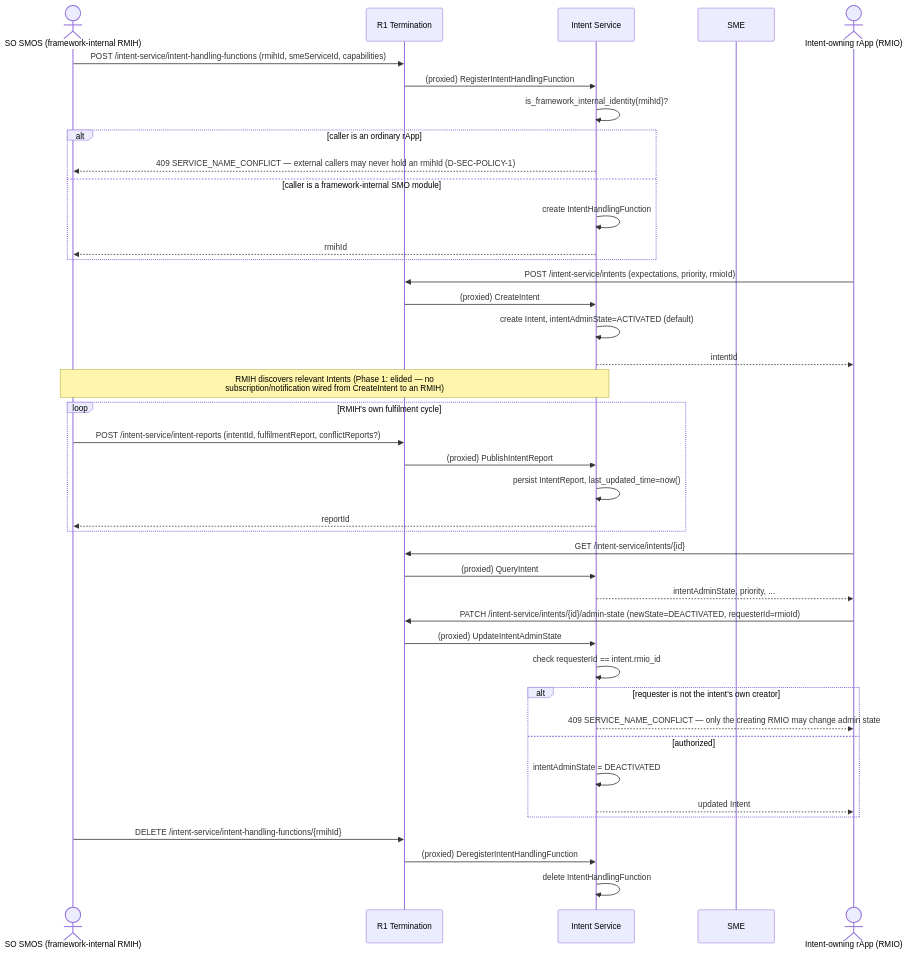
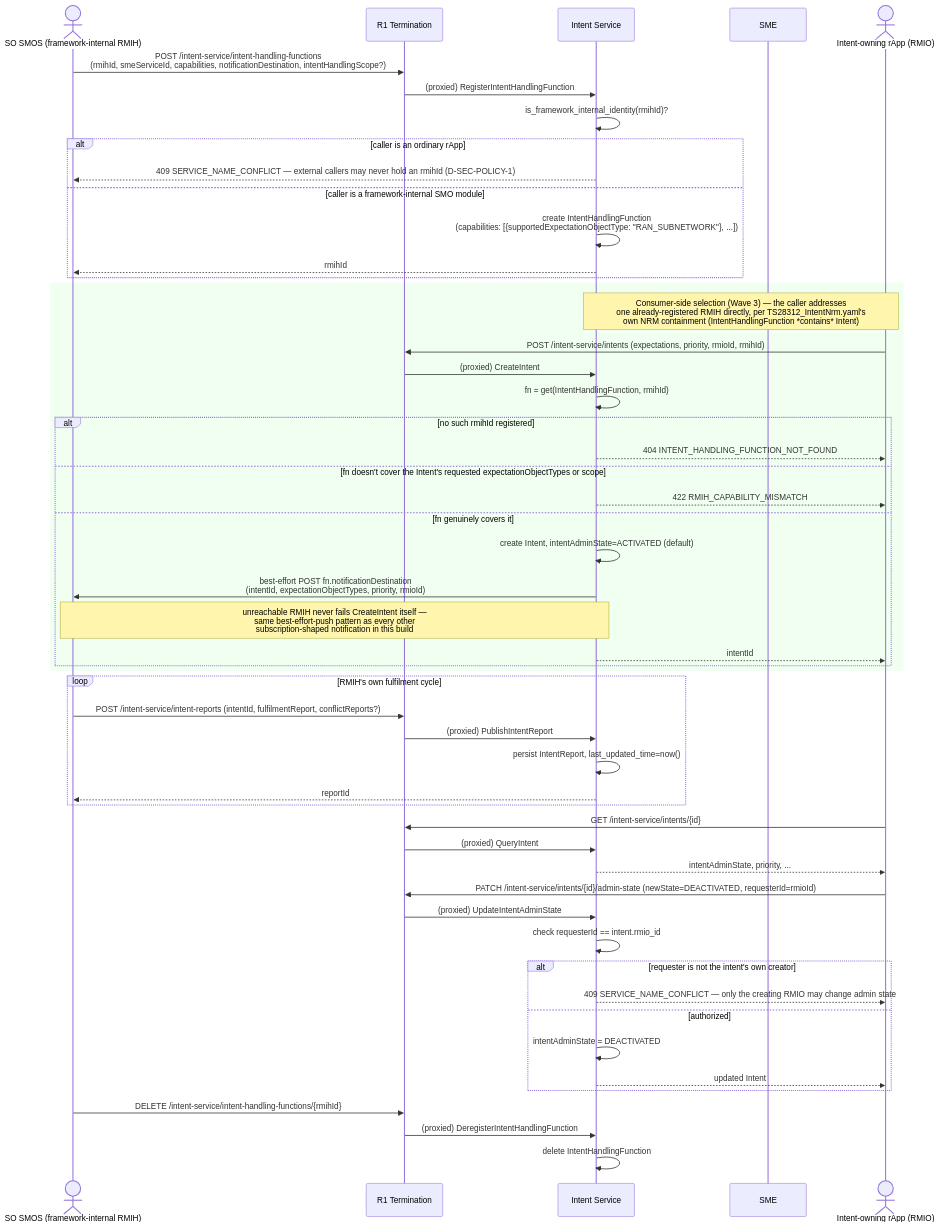
Before and after one commit to rsys-bshankar/ai-ran-ref: the diagram in smo/docs/call-flows/09-intent-service-intent-flow.md, drawn with Mermaid. The commit also changed other lines of this file and 17 other files, not shown here.

````diff
--- a/smo/docs/call-flows/09-intent-service-intent-flow.md
+++ b/smo/docs/call-flows/09-intent-service-intent-flow.md
@@ -8,50 +18,60 @@
 ```mermaid
 sequenceDiagram
     actor SO as SO SMOS (framework-internal RMIH)
     participant R1 as R1 Termination
     participant Policy as Intent Service
     participant SME as SME
     actor RMIO as Intent-owning rApp (RMIO)
 
-    SO->>R1: POST /intent-service/intent-handling-functions (rmihId, smeServiceId, capabilities)
+    SO->>R1: POST /intent-service/intent-handling-functions<br/>(rmihId, smeServiceId, capabilities, notificationDestination, intentHandlingScope?)
     R1->>Policy: (proxied) RegisterIntentHandlingFunction
     Policy->>Policy: is_framework_internal_identity(rmihId)?
     alt caller is an ordinary rApp
         Policy-->>SO: 409 SERVICE_NAME_CONFLICT — external callers may never hold an rmihId (D-SEC-POLICY-1)
     else caller is a framework-internal SMO module
-        Policy->>Policy: create IntentHandlingFunction
+        Policy->>Policy: create IntentHandlingFunction<br/>(capabilities: [{supportedExpectationObjectType: "RAN_SUBNETWORK"}, ...])
         Policy-->>SO: rmihId
     end
 
-    RMIO->>R1: POST /intent-service/intents (expectations, priority, rmioId)
+    rect rgb(240, 255, 240)
+    Note over RMIO,Policy: Consumer-side selection (Wave 3) — the caller addresses<br/>one already-registered RMIH directly, per TS28312_IntentNrm.yaml's<br/>own NRM containment (IntentHandlingFunction *contains* Intent)
+    RMIO->>R1: POST /intent-service/intents (expectations, priority, rmioId, rmihId)
     R1->>Policy: (proxied) CreateIntent
-    Policy->>Policy: create Intent, intentAdminState=ACTIVATED (default)
-    Policy-->>RMIO: intentId
-
-    Note over Policy,SO: RMIH discovers relevant Intents (Phase 1: elided — no<br/>subscription/notification wired from CreateIntent to an RMIH)
+    Policy->>Policy: fn = get(IntentHandlingFunction, rmihId)
+    alt no such rmihId registered
+        Policy-->>RMIO: 404 INTENT_HANDLING_FUNCTION_NOT_FOUND
+    else fn doesn't cover the Intent's requested expectationObjectTypes or scope
+        Policy-->>RMIO: 422 RMIH_CAPABILITY_MISMATCH
+    else fn genuinely covers it
+        Policy->>Policy: create Intent, intentAdminState=ACTIVATED (default)
+        Policy->>SO: best-effort POST fn.notificationDestination<br/>(intentId, expectationObjectTypes, priority, rmioId)
+        Note over Policy,SO: unreachable RMIH never fails CreateIntent itself —<br/>same best-effort-push pattern as every other<br/>subscription-shaped notification in this build
+        Policy-->>RMIO: intentId
+    end
+    end
 
     loop RMIH's own fulfilment cycle
         SO->>R1: POST /intent-service/intent-reports (intentId, fulfilmentReport, conflictReports?)
         R1->>Policy: (proxied) PublishIntentReport
         Policy->>Policy: persist IntentReport, last_updated_time=now()
         Policy-->>SO: reportId
     end
 
     RMIO->>R1: GET /intent-service/intents/{id}
     R1->>Policy: (proxied) QueryIntent
     Policy-->>RMIO: intentAdminState, priority, ...
 
     RMIO->>R1: PATCH /intent-service/intents/{id}/admin-state (newState=DEACTIVATED, requesterId=rmioId)
     R1->>Policy: (proxied) UpdateIntentAdminState
     Policy->>Policy: check requesterId == intent.rmio_id
     alt requester is not the intent's own creator
         Policy-->>RMIO: 409 SERVICE_NAME_CONFLICT — only the creating RMIO may change admin state
     else authorized
         Policy->>Policy: intentAdminState = DEACTIVATED
         Policy-->>RMIO: updated Intent
     end
 
     SO->>R1: DELETE /intent-service/intent-handling-functions/{rmihId}
     R1->>Policy: (proxied) DeregisterIntentHandlingFunction
     Policy->>Policy: delete IntentHandlingFunction
 ```
````
